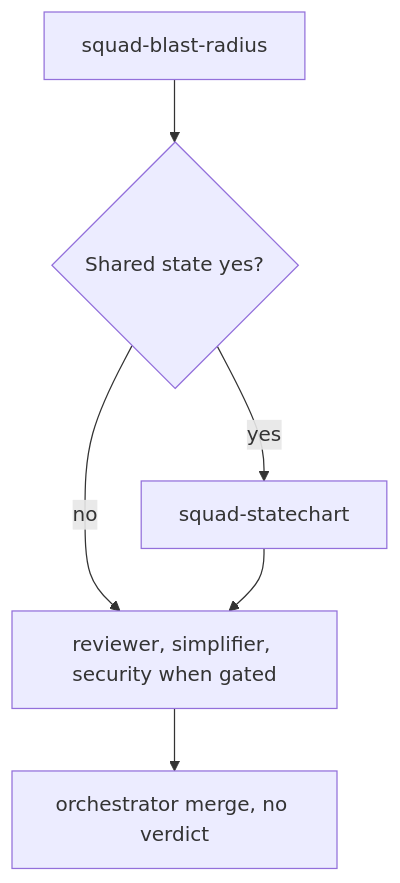
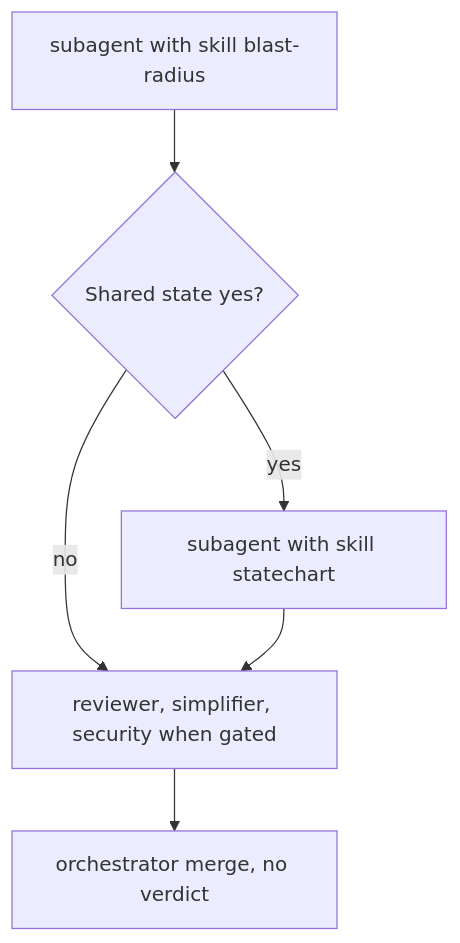
Before and after one commit to svennijhuis/agentPacks: the second of 2 diagrams in docs/adr/0002-review-sequence.md, drawn with Mermaid. The commit also changed other lines of this file and 20 other files, not shown here.

First line of the commit message:
squad: drop wrapper agents that only load a skill

````diff
--- a/docs/adr/0002-review-sequence.md
+++ b/docs/adr/0002-review-sequence.md
@@ -79,8 +78,8 @@
 ```mermaid
 flowchart TD
-  blast[squad-blast-radius] --> shared{Shared state yes?}
-  shared -->|yes| chart[squad-statechart]
+  blast[subagent with skill blast-radius] --> shared{Shared state yes?}
+  shared -->|yes| chart[subagent with skill statechart]
   shared -->|no| readers[reviewer, simplifier, security when gated]
   chart --> readers
   readers --> merge[orchestrator merge, no verdict]
 ```
````
